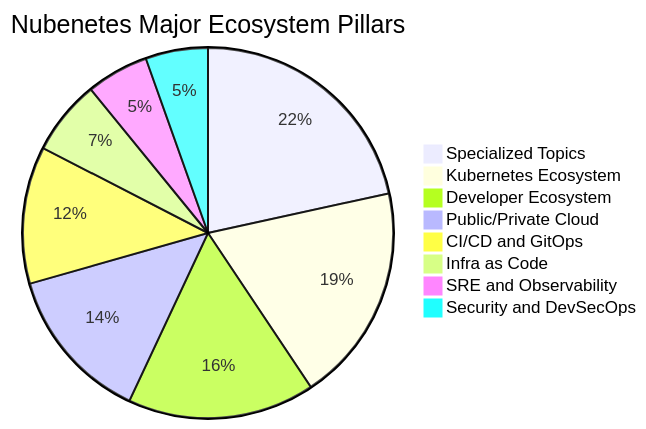
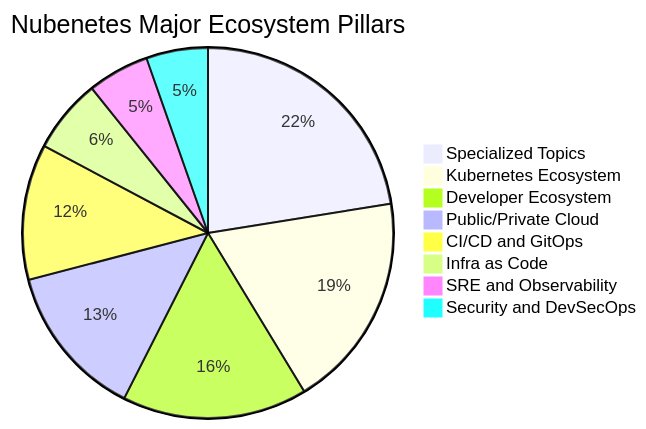
The second of 10 diagrams in README.md (sec-js/awesome-kubernetes), drawn with Mermaid before and after one commit. The commit also changed other lines of this file, not shown here.

````diff
--- a/README.md
+++ b/README.md
@@ -220,11 +220,11 @@
 ```mermaid
 pie title Nubenetes Major Ecosystem Pillars
-    "Specialized Topics" : 3960
+    "Specialized Topics" : 4174
     "Kubernetes Ecosystem" : 3500
     "Developer Ecosystem" : 3000
     "Public/Private Cloud" : 2500
     "CI/CD and GitOps" : 2200
     "Infra as Code" : 1200
     "SRE and Observability" : 1000
     "Security and DevSecOps" : 1000
 ```
````
